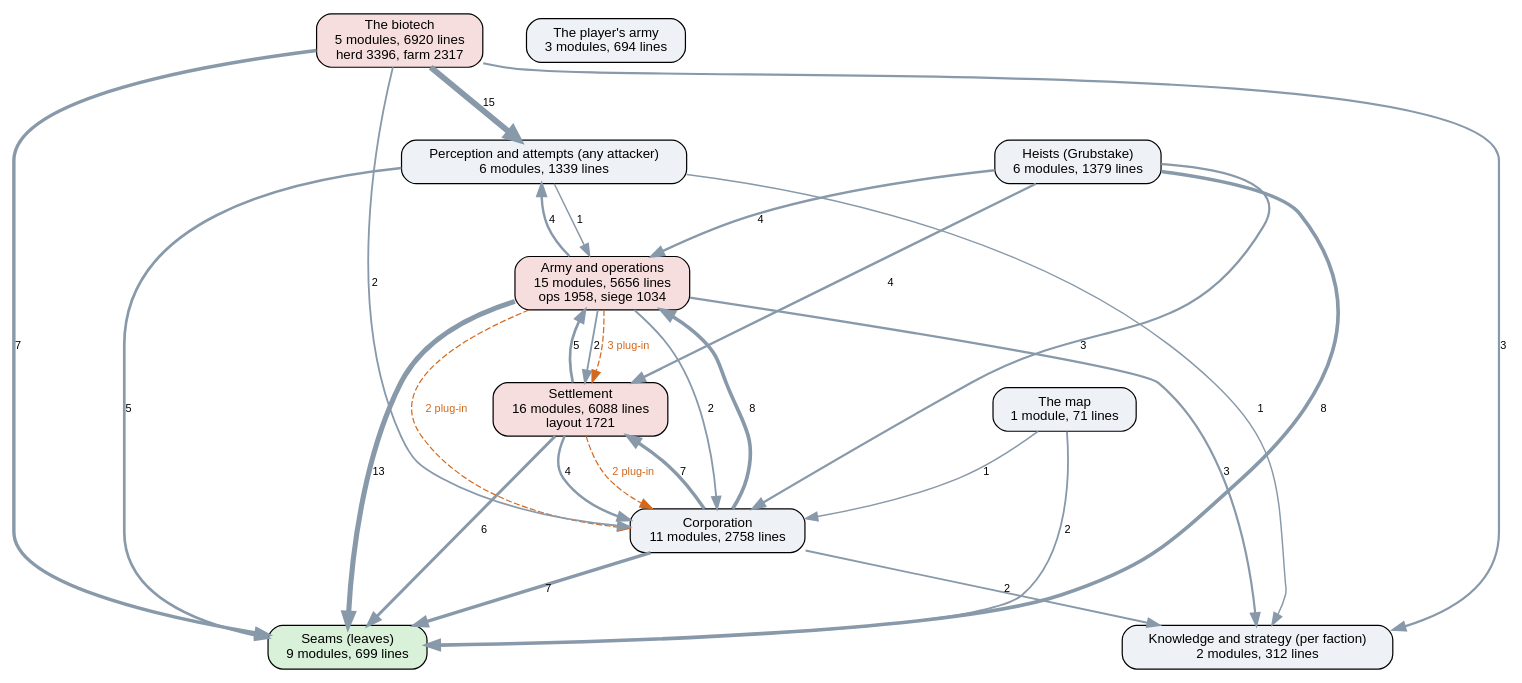
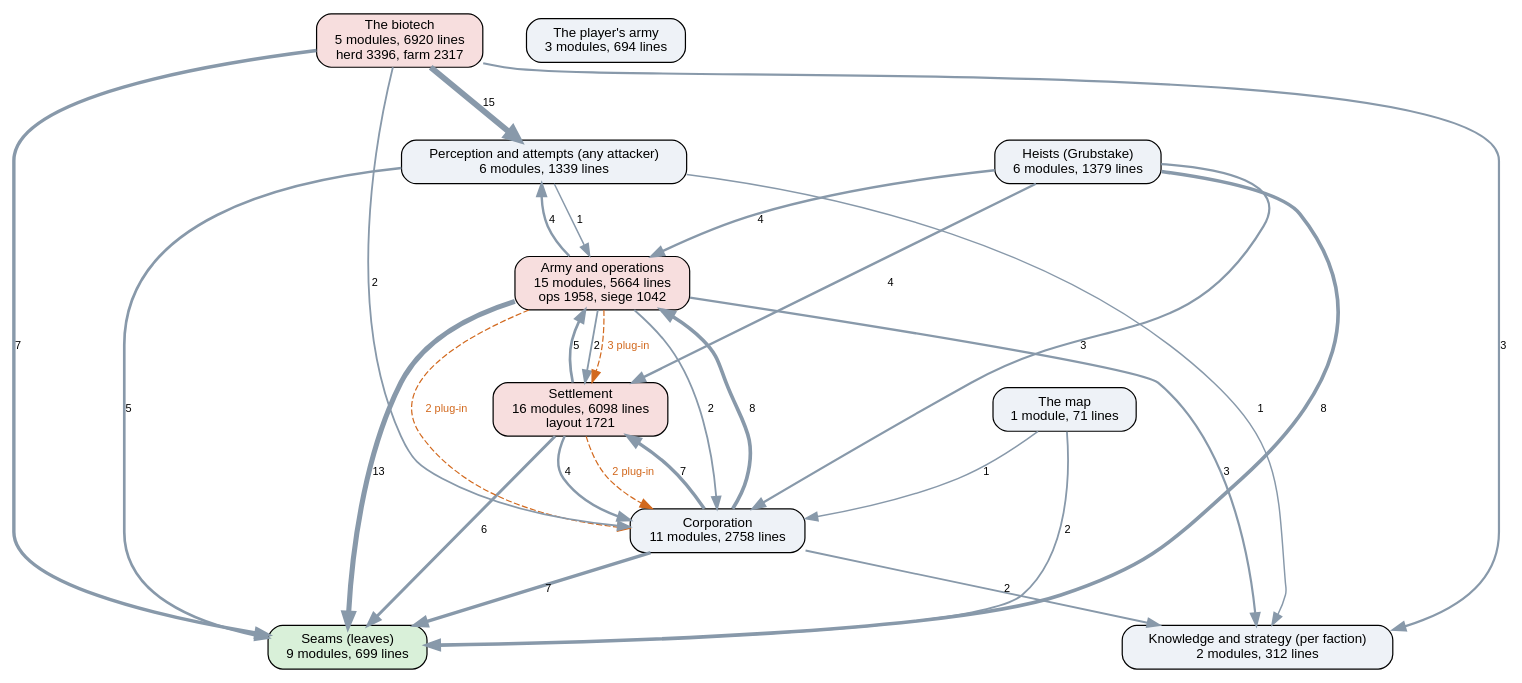
The diagram in docs/ai-layers.dot (kinelhu/landing-party), drawn with Graphviz before and after one commit. The commit also changed 9 other files, not shown here.

```diff
--- a/docs/ai-layers.dot
+++ b/docs/ai-layers.dot
@@ -1,43 +1,43 @@
 digraph layers {
   graph [rankdir=TB, fontname="Helvetica", nodesep=0.5, ranksep=0.7];
   node [shape=box, style="rounded,filled", fontname="Helvetica", fontsize=11, fillcolor="#eef2f7"];
   edge [color="#8899aa", fontname="Helvetica", fontsize=9];
   "Seams (leaves)" [label="Seams (leaves)\n9 modules, 699 lines", fillcolor="#d9f0d9"];
   "Perception and attempts (any attacker)" [label="Perception and attempts (any attacker)\n6 modules, 1339 lines", fillcolor="#eef2f7"];
   "Knowledge and strategy (per faction)" [label="Knowledge and strategy (per faction)\n2 modules, 312 lines", fillcolor="#eef2f7"];
   "Corporation" [label="Corporation\n11 modules, 2758 lines", fillcolor="#eef2f7"];
-  "Settlement" [label="Settlement\n16 modules, 6088 lines\nlayout 1721", fillcolor="#f7dede"];
-  "Army and operations" [label="Army and operations\n15 modules, 5656 lines\nops 1958, siege 1034", fillcolor="#f7dede"];
+  "Settlement" [label="Settlement\n16 modules, 6098 lines\nlayout 1721", fillcolor="#f7dede"];
+  "Army and operations" [label="Army and operations\n15 modules, 5664 lines\nops 1958, siege 1042", fillcolor="#f7dede"];
   "Heists (Grubstake)" [label="Heists (Grubstake)\n6 modules, 1379 lines", fillcolor="#eef2f7"];
   "The biotech" [label="The biotech\n5 modules, 6920 lines\nherd 3396, farm 2317", fillcolor="#f7dede"];
   "The map" [label="The map\n1 module, 71 lines", fillcolor="#eef2f7"];
   "The player's army" [label="The player's army\n3 modules, 694 lines", fillcolor="#eef2f7"];
   "Army and operations" -> "Corporation" [label="2", penwidth=1.5];
   "Army and operations" -> "Knowledge and strategy (per faction)" [label="3", penwidth=1.8];
   "Army and operations" -> "Perception and attempts (any attacker)" [label="4", penwidth=2.0];
   "Army and operations" -> "Seams (leaves)" [label="13", penwidth=4.2];
   "Army and operations" -> "Settlement" [label="2", penwidth=1.5];
   "Corporation" -> "Army and operations" [label="8", penwidth=3.0];
   "Corporation" -> "Knowledge and strategy (per faction)" [label="2", penwidth=1.5];
   "Corporation" -> "Seams (leaves)" [label="7", penwidth=2.8];
   "Corporation" -> "Settlement" [label="7", penwidth=2.8];
   "Heists (Grubstake)" -> "Army and operations" [label="4", penwidth=2.0];
   "Heists (Grubstake)" -> "Corporation" [label="3", penwidth=1.8];
   "Heists (Grubstake)" -> "Seams (leaves)" [label="8", penwidth=3.0];
   "Heists (Grubstake)" -> "Settlement" [label="4", penwidth=2.0];
   "Perception and attempts (any attacker)" -> "Army and operations" [label="1", penwidth=1.2];
   "Perception and attempts (any attacker)" -> "Knowledge and strategy (per faction)" [label="1", penwidth=1.2];
   "Perception and attempts (any attacker)" -> "Seams (leaves)" [label="5", penwidth=2.2];
   "Settlement" -> "Army and operations" [label="5", penwidth=2.2];
   "Settlement" -> "Corporation" [label="4", penwidth=2.0];
   "Settlement" -> "Seams (leaves)" [label="6", penwidth=2.5];
   "The biotech" -> "Corporation" [label="2", penwidth=1.5];
   "The biotech" -> "Knowledge and strategy (per faction)" [label="3", penwidth=1.8];
   "The biotech" -> "Perception and attempts (any attacker)" [label="15", penwidth=4.8];
   "The biotech" -> "Seams (leaves)" [label="7", penwidth=2.8];
   "The map" -> "Corporation" [label="1", penwidth=1.2];
   "The map" -> "Seams (leaves)" [label="2", penwidth=1.5];
   "Army and operations" -> "Corporation" [style=dashed, color="#d2691e", fontcolor="#d2691e", label="2 plug-in"];
   "Army and operations" -> "Settlement" [style=dashed, color="#d2691e", fontcolor="#d2691e", label="3 plug-in"];
   "Settlement" -> "Corporation" [style=dashed, color="#d2691e", fontcolor="#d2691e", label="2 plug-in"];
 }
```
